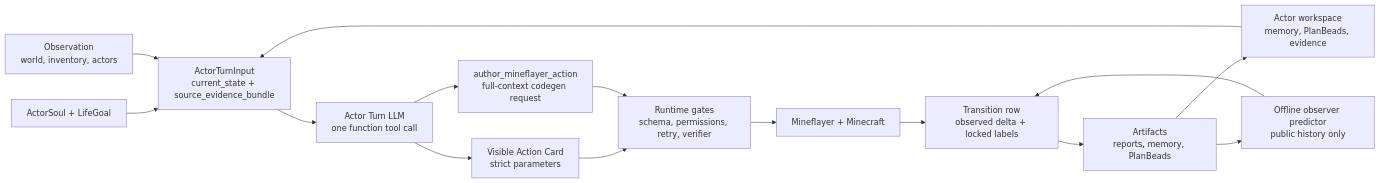
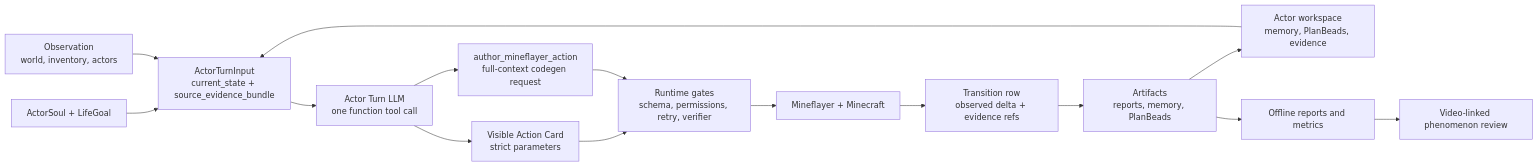
Before and after one commit to gigio1023/minecraft-llm-agent-community: the diagram in README.md, drawn with Mermaid. The commit also changed other lines of this file and 1190 other files, not shown here.

````diff
--- a/README.md
+++ b/README.md
@@ -91,24 +90,25 @@
 ```mermaid
 flowchart LR
   Soul["ActorSoul + LifeGoal"]
   Observe["Observation<br/>world, inventory, actors"]
   Workspace["Actor workspace<br/>memory, PlanBeads, evidence"]
   Input["ActorTurnInput<br/>current_state + source_evidence_bundle"]
-  Predictor["Offline observer predictor<br/>public history only"]
+  Analysis["Offline reports and metrics"]
+  Review["Video-linked phenomenon review"]
   LLM["Actor Turn LLM<br/>one function tool call"]
   Card["Visible Action Card<br/>strict parameters"]
   Author["author_mineflayer_action<br/>full-context codegen request"]
   Runtime["Runtime gates<br/>schema, permissions, retry, verifier"]
   MC["Mineflayer + Minecraft"]
-  Row["Transition row<br/>observed delta + locked labels"]
+  Row["Transition row<br/>observed delta + evidence refs"]
   Evidence["Artifacts<br/>reports, memory, PlanBeads"]
 
   Soul --> Input
   Observe --> Input
   Workspace --> Input
   Input --> LLM
   LLM --> Card --> Runtime
   LLM --> Author --> Runtime
   Runtime --> MC --> Row --> Evidence --> Workspace
-  Evidence --> Predictor --> Row
+  Evidence --> Analysis --> Review
 ```
````
